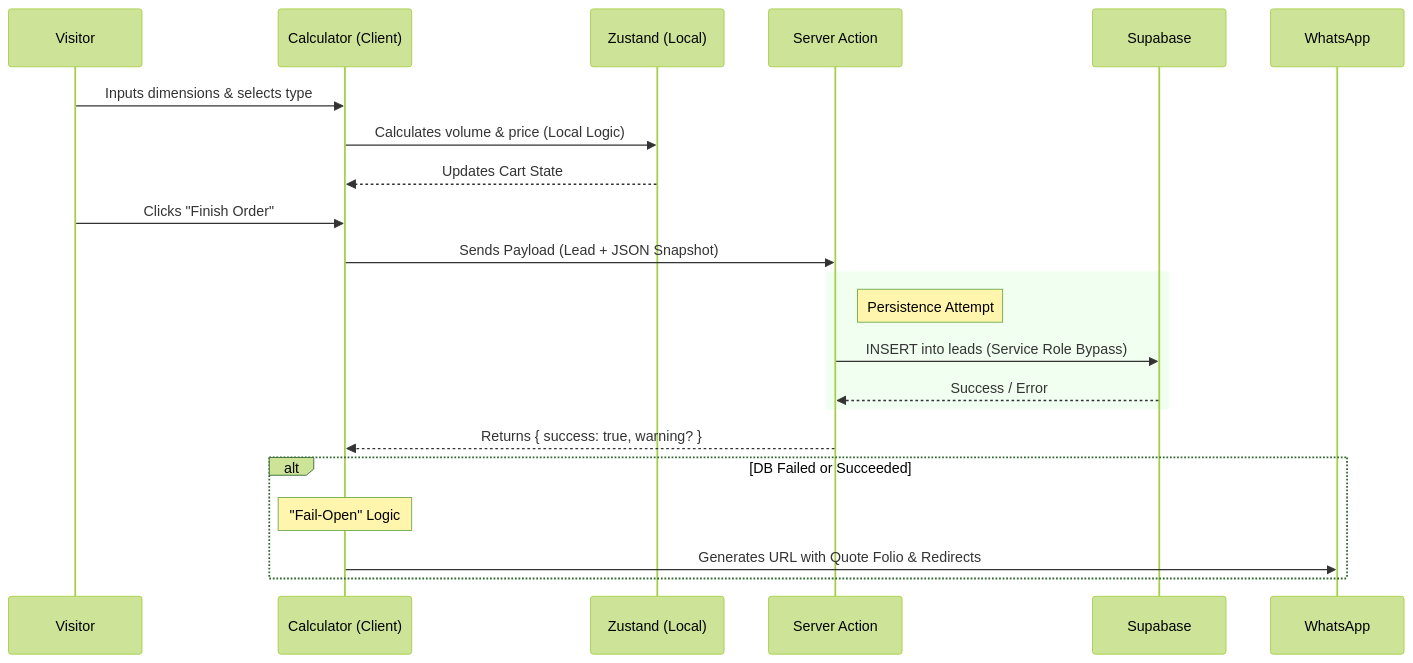
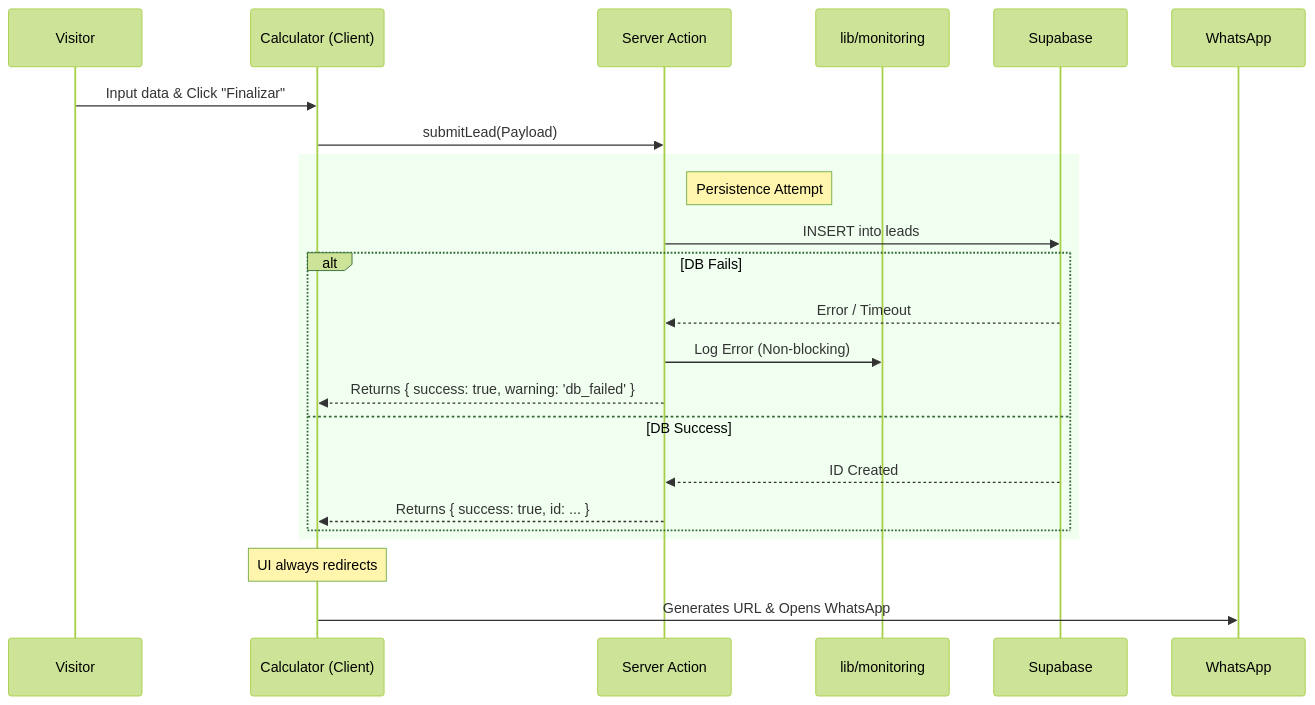
One commit to fm-dev-mx/cej-landing changed the diagram in ARCHITECTURE.md. Above: the diagram before and after it, drawn with Mermaid (forest theme). The commit also changed other lines of this file and 11 other files, not shown here.

Commit message:
feat(core): implement fail-open strategy, monitoring and global ui components

````diff
--- a/ARCHITECTURE.md
+++ b/ARCHITECTURE.md
@@ -19,28 +22,28 @@
 ```mermaid
 sequenceDiagram
     participant User as Visitor
     participant UI as Calculator (Client)
-    participant Store as Zustand (Local)
     participant Server as Server Action
+    participant Monitoring as lib/monitoring
     participant DB as Supabase
     participant WA as WhatsApp
 
-    User->>UI: Inputs dimensions & selects type
-    UI->>Store: Calculates volume & price (Local Logic)
-    Store-->>UI: Updates Cart State
-    User->>UI: Clicks "Finish Order"
-    UI->>Server: Sends Payload (Lead + JSON Snapshot)
+    User->>UI: Input data & Click "Finalizar"
+    UI->>Server: submitLead(Payload)
 
     rect rgb(240, 255, 240)
         Note right of Server: Persistence Attempt
-        Server->>DB: INSERT into leads (Service Role Bypass)
-        DB-->>Server: Success / Error
+        Server->>DB: INSERT into leads
+        alt DB Fails
+            DB-->>Server: Error / Timeout
+            Server->>Monitoring: Log Error (Non-blocking)
+            Server-->>UI: Returns { success: true, warning: 'db_failed' }
+        else DB Success
+            DB-->>Server: ID Created
+            Server-->>UI: Returns { success: true, id: ... }
+        end
     end
 
-    Server-->>UI: Returns { success: true, warning? }
-
-    alt DB Failed or Succeeded
-        Note over UI: "Fail-Open" Logic
-        UI->>WA: Generates URL with Quote Folio & Redirects
-    end
+    Note over UI: UI always redirects
+    UI->>WA: Generates URL & Opens WhatsApp
 ```
````
